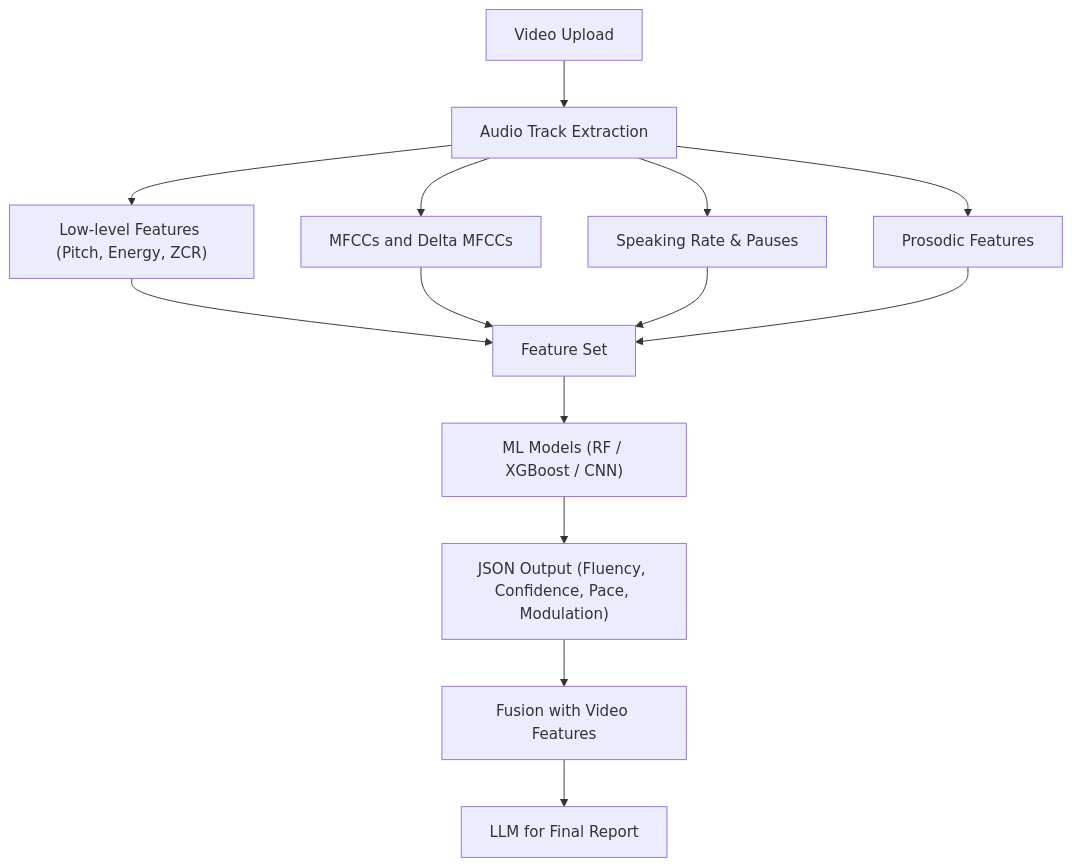
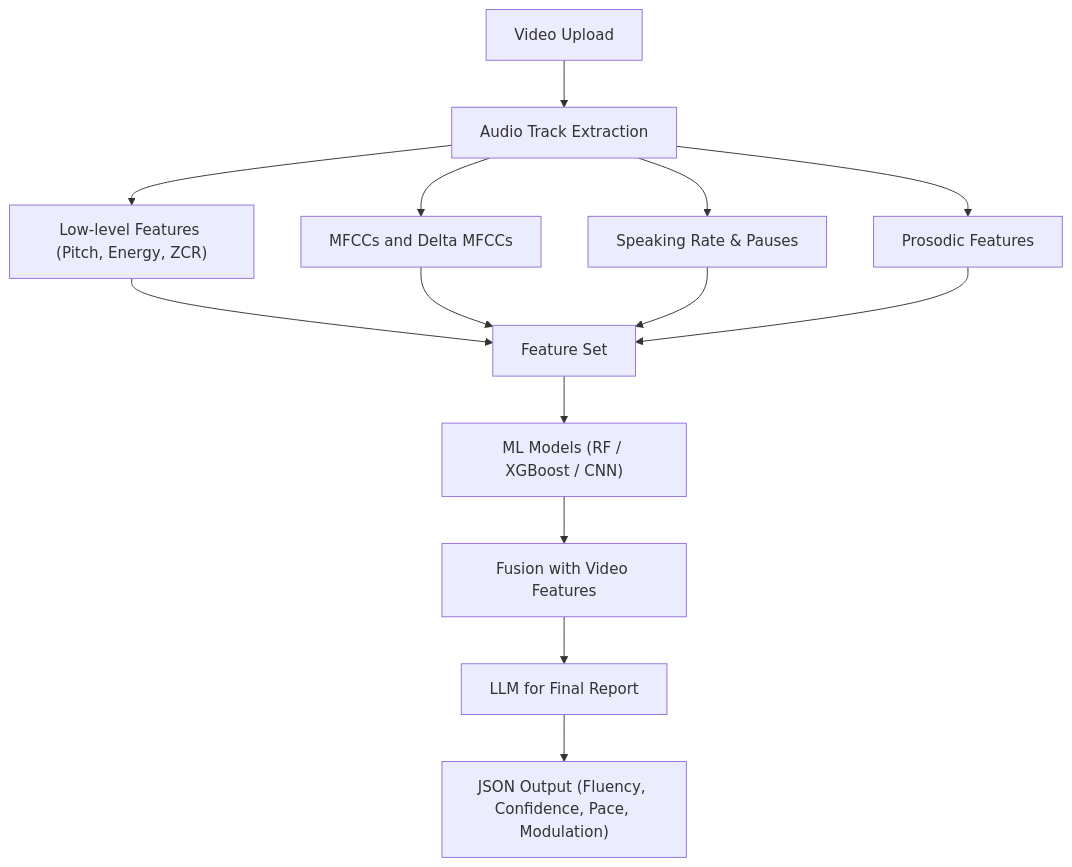
The diagram in docs/audio/overview.md (GDGVIT/truthsense-ml), drawn with Mermaid before and after one commit. The commit also changed 3 other files, not shown here.

````diff
--- a/docs/audio/overview.md
+++ b/docs/audio/overview.md
@@ -39,18 +39,18 @@
 ``` mermaid
 flowchart TD
     A[Video Upload] --> B[Audio Track Extraction]
     B --> C["Low-level Features (Pitch, Energy, ZCR)"]
     B --> D["MFCCs and Delta MFCCs"]
     B --> E["Speaking Rate & Pauses"]
     B --> F["Prosodic Features"]
     
     C --> G[Feature Set]
     D --> G
     E --> G
     F --> G
     
     G --> H["ML Models (RF / XGBoost / CNN)"]
-    H --> I["JSON Output (Fluency, Confidence, Pace, Modulation)"]
-    I --> J["Fusion with Video Features"]
-    J --> K["LLM for Final Report"]
+    H --> I["Fusion with Video Features"]
+    I --> J["LLM for Final Report"]
+    J --> K["JSON Output (Fluency, Confidence, Pace, Modulation)"]
 ```
````
